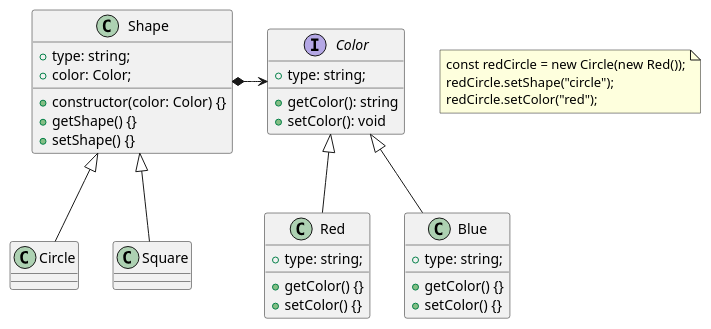
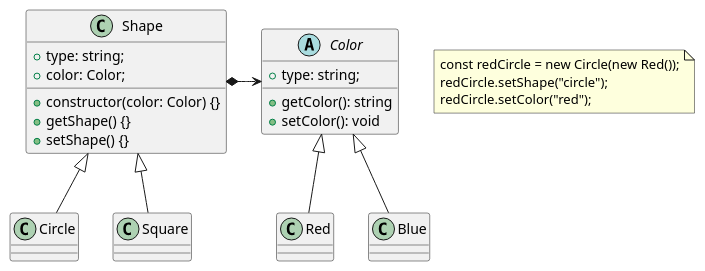
One commit to cesarkohl/design-patterns changed the diagram in structural/bridge/bridge-solution.puml. Above: the diagram before and after it, drawn with PlantUML. The commit also changed 2 other files, not shown here.

```diff
--- a/structural/bridge/bridge-solution.puml
+++ b/structural/bridge/bridge-solution.puml
@@ -1,38 +1,32 @@
 @startuml
 note as n1
 const redCircle = new Circle(new Red());
 redCircle.setShape("circle");
 redCircle.setColor("red");
 end note
 
 class Shape {
     + type: string;
     + color: Color;
     + constructor(color: Color) {}
     + getShape() {}
     + setShape() {}
 }
 
 class Circle extends Shape {}
 class Square extends Shape {}
 
-interface Color {
+abstract Color {
     + type: string;
     + getColor(): string
     + setColor(): void
 }
 
 class Red extends Color {
-    + type: string;
-    + getColor() {}
-    + setColor() {}
 }
 
 class Blue extends Color {
-    + type: string;
-    + getColor() {}
-    + setColor() {}
 }
 
 Shape *-> Color
 @enduml
```
